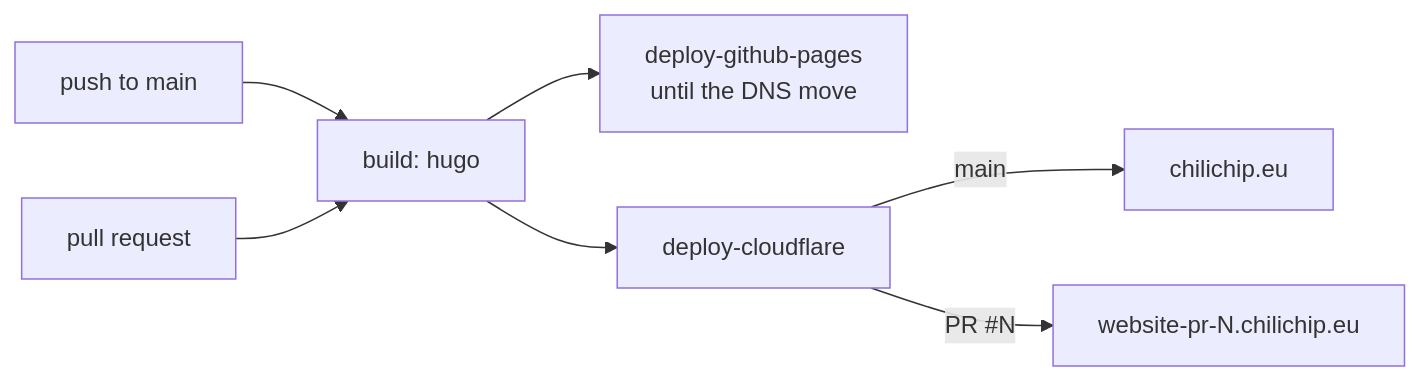
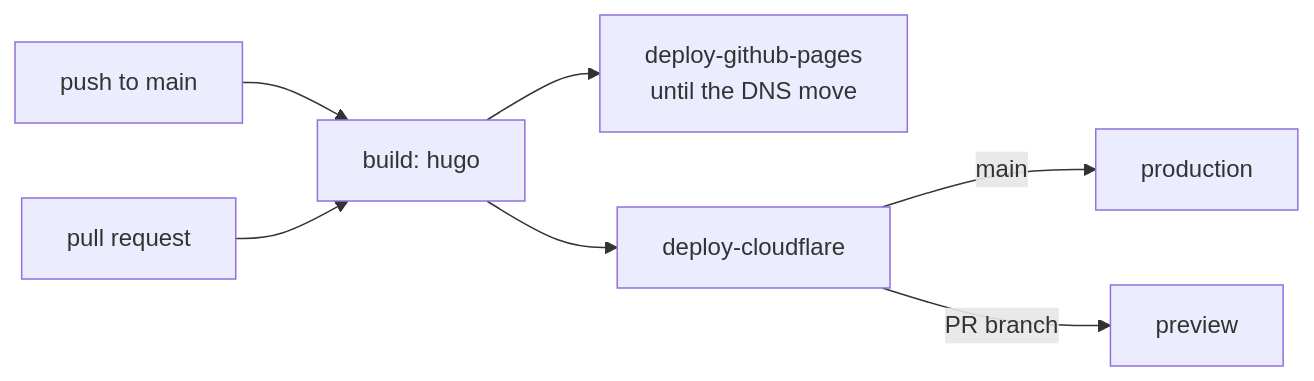
Before and after one commit to chili-chip/chili-website: the diagram in README.md, drawn with Mermaid. The commit also changed other lines of this file and 3 other files, not shown here.

````diff
--- a/README.md
+++ b/README.md
@@ -70,9 +69,9 @@
 ```mermaid
 flowchart LR
   push[push to main] --> build[build: hugo]
   pr[pull request] --> build
   build --> gh[deploy-github-pages<br/>until the DNS move]
   build --> cf[deploy-cloudflare]
-  cf -->|main| prod[chilichip.eu]
-  cf -->|PR #N| prev[website-pr-N.chilichip.eu]
+  cf -->|main| prod[production]
+  cf -->|PR branch| prev[preview]
 ```
````
